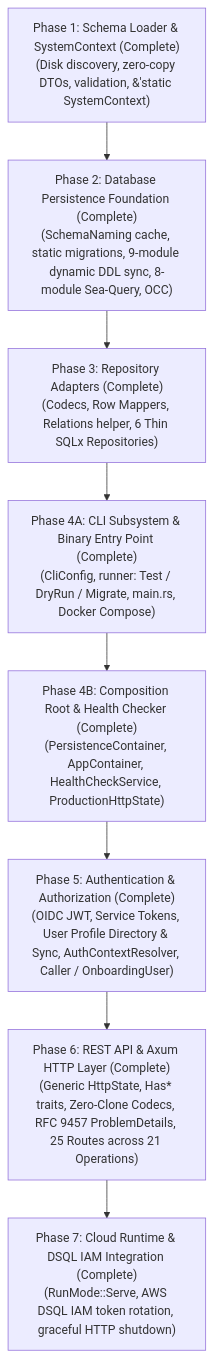
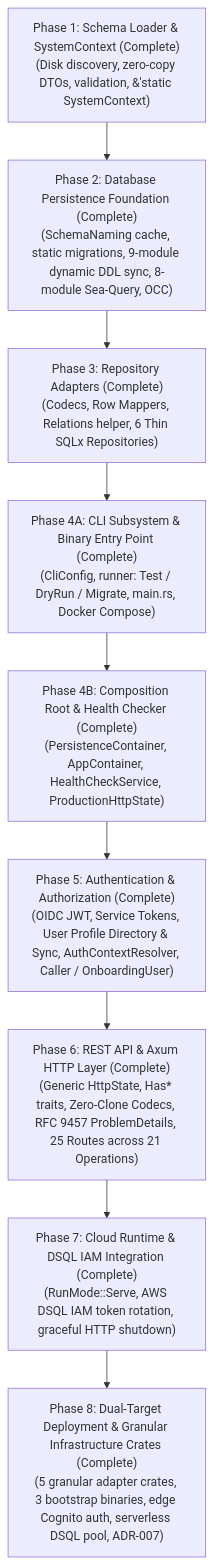
Before and after one commit to luminair-cms/luminair-system: the diagram in docs/plan-infrastructure.md, drawn with Mermaid. The commit also changed other lines of this file and 117 other files, not shown here.

````diff
--- a/docs/plan-infrastructure.md
+++ b/docs/plan-infrastructure.md
@@ -19,19 +27,21 @@
 ```mermaid
 flowchart TD
     P1["Phase 1: Schema Loader & SystemContext (Complete)<br/>(Disk discovery, zero-copy DTOs, validation, &'static SystemContext)"]
     P2["Phase 2: Database Persistence Foundation (Complete)<br/>(SchemaNaming cache, static migrations, 9-module dynamic DDL sync, 8-module Sea-Query, OCC)"]
     P3["Phase 3: Repository Adapters (Complete)<br/>(Codecs, Row Mappers, Relations helper, 6 Thin SQLx Repositories)"]
     P4A["Phase 4A: CLI Subsystem & Binary Entry Point (Complete)<br/>(CliConfig, runner: Test / DryRun / Migrate, main.rs, Docker Compose)"]
     P4B["Phase 4B: Composition Root & Health Checker (Complete)<br/>(PersistenceContainer, AppContainer, HealthCheckService, ProductionHttpState)"]
     P5["Phase 5: Authentication & Authorization (Complete)<br/>(OIDC JWT, Service Tokens, User Profile Directory & Sync, AuthContextResolver, Caller / OnboardingUser)"]
     P6["Phase 6: REST API & Axum HTTP Layer (Complete)<br/>(Generic HttpState, Has* traits, Zero-Clone Codecs, RFC 9457 ProblemDetails, 25 Routes across 21 Operations)"]
     P7["Phase 7: Cloud Runtime & DSQL IAM Integration (Complete)<br/>(RunMode::Serve, AWS DSQL IAM token rotation, graceful HTTP shutdown)"]
+    P8["Phase 8: Dual-Target Deployment & Granular Infrastructure Crates (Complete)<br/>(5 granular adapter crates, 3 bootstrap binaries, edge Cognito auth, serverless DSQL pool, ADR-007)"]
 
     P1 --> P2
     P2 --> P3
     P3 --> P4A
     P4A --> P4B
     P4B --> P5
     P5 --> P6
     P6 --> P7
+    P7 --> P8
 ```
````
